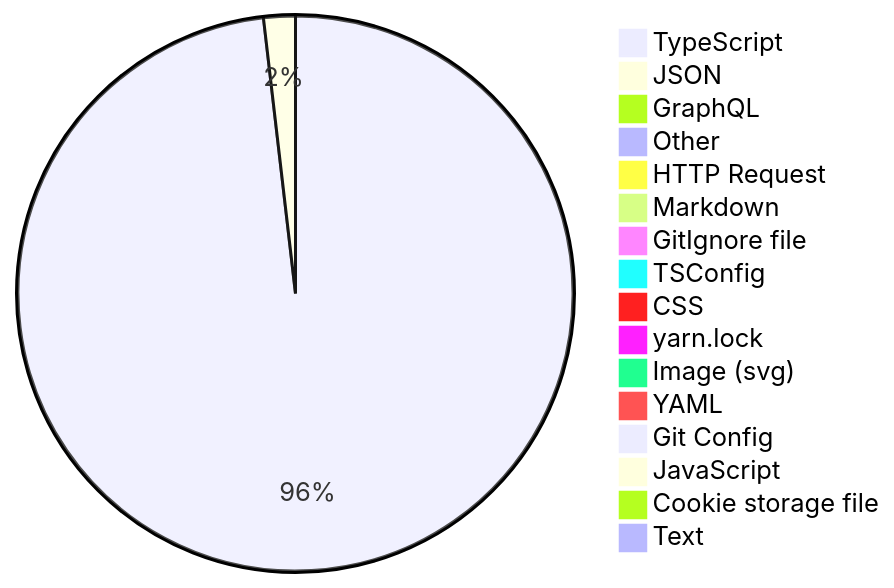
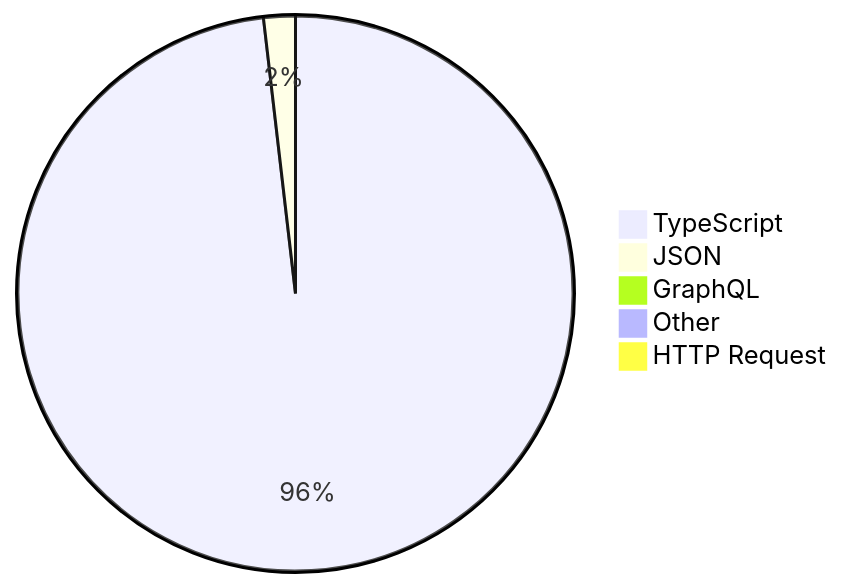
One commit to skvggor/skvggor changed the diagram in README.md. Above: the diagram before and after it, drawn with Mermaid.

Commit message:
Updated waka-readme graph with new metrics

````diff
--- a/README.md
+++ b/README.md
@@ -14,19 +14,8 @@
 ```mermaid
 pie
     "TypeScript" : 95.8
     "JSON" : 1.8
     "GraphQL" : 0.9
     "Other" : 0.8
     "HTTP Request" : 0.6
-    "Markdown" : 0.1
-    "GitIgnore file" : 0.0
-    "TSConfig" : 0.0
-    "CSS" : 0.0
-    "yarn.lock" : 0.0
-    "Image (svg)" : 0.0
-    "YAML" : 0.0
-    "Git Config" : 0.0
-    "JavaScript" : 0.0
-    "Cookie storage file" : 0.0
-    "Text" : 0.0
 ```
````
